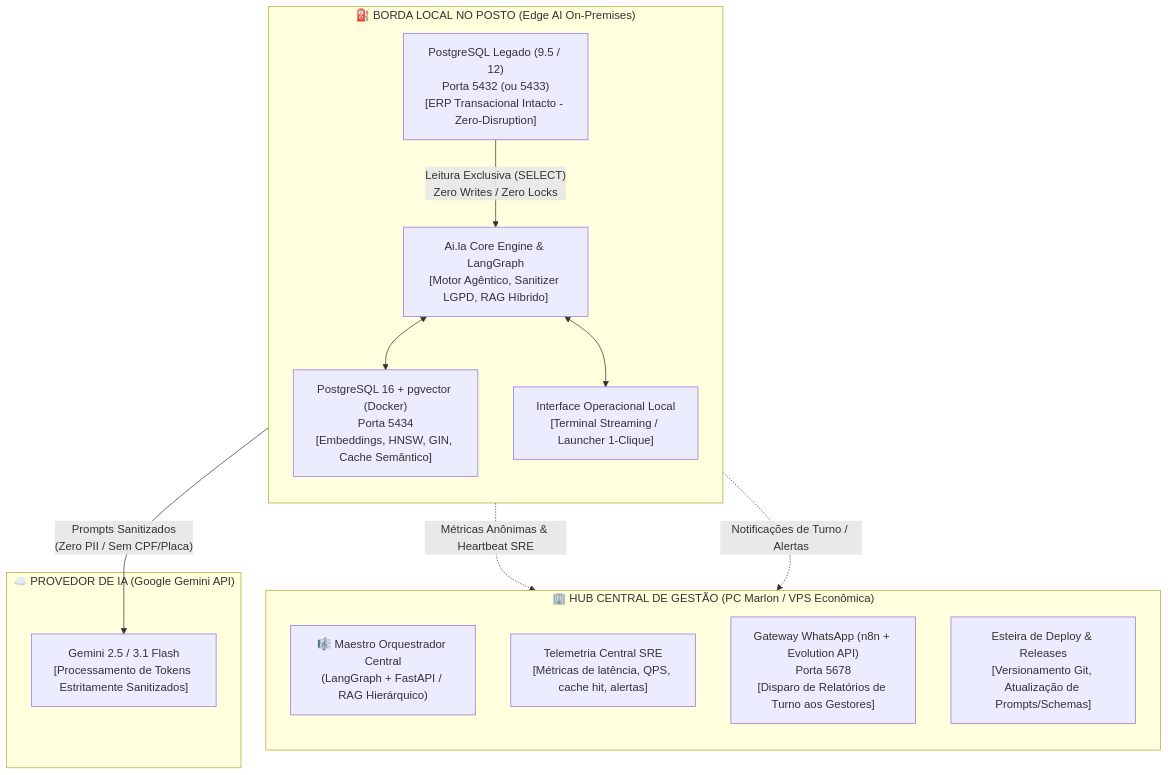
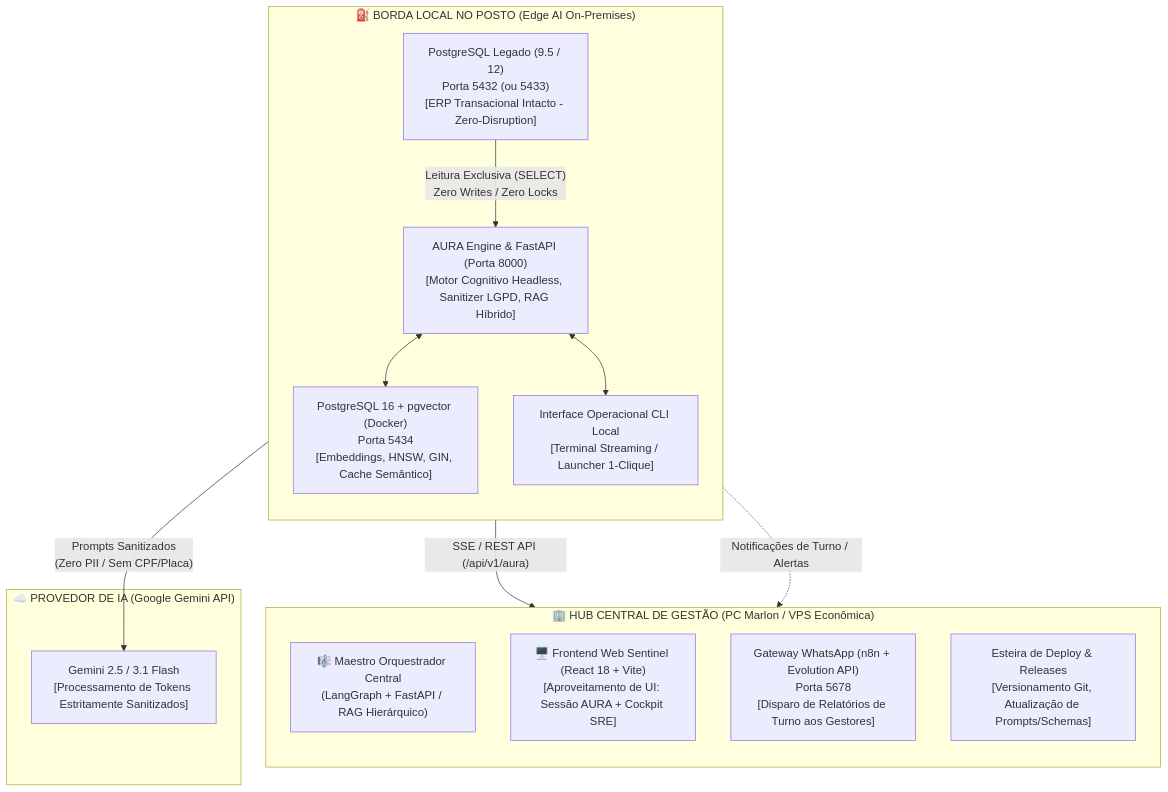
One commit to marlonhms/IA-Local changed the first of 3 diagrams in docs/roadmap_aila.md. Above: the diagram before and after it, drawn with Mermaid. The commit also changed other lines of this file, not shown here.

Commit message:
docs(roadmap): atualizar para AURA 1.7.0, desacoplamento backend com Sentinel e reaproveitamento do frontend React

````diff
--- a/docs/roadmap_aila.md
+++ b/docs/roadmap_aila.md
@@ -17,30 +17,30 @@
 ```mermaid
 flowchart TB
     subgraph EDGE["⛽ BORDA LOCAL NO POSTO (Edge AI On-Premises)"]
         direction TB
         ERP["PostgreSQL Legado (9.5 / 12)\nPorta 5432 (ou 5433)\n[ERP Transacional Intacto - Zero-Disruption]"]
         VEC["PostgreSQL 16 + pgvector (Docker)\nPorta 5434\n[Embeddings, HNSW, GIN, Cache Semântico]"]
-        CORE["Ai.la Core Engine & LangGraph\n[Motor Agêntico, Sanitizer LGPD, RAG Híbrido]"]
-        CLI["Interface Operacional Local\n[Terminal Streaming / Launcher 1-Clique]"]
+        AURA_CORE["AURA Engine & FastAPI (Porta 8000)\n[Motor Cognitivo Headless, Sanitizer LGPD, RAG Híbrido]"]
+        CLI["Interface Operacional CLI Local\n[Terminal Streaming / Launcher 1-Clique]"]
 
-        ERP -- "Leitura Exclusiva (SELECT)\nZero Writes / Zero Locks" --> CORE
-        CORE <--> VEC
-        CORE <--> CLI
+        ERP -- "Leitura Exclusiva (SELECT)\nZero Writes / Zero Locks" --> AURA_CORE
+        AURA_CORE <--> VEC
+        AURA_CORE <--> CLI
     end
 
     subgraph HUB["🏢 HUB CENTRAL DE GESTÃO (PC Marlon / VPS Econômica)"]
         direction TB
         MAESTRO_HUB["🎼 Maestro Orquestrador Central\n(LangGraph + FastAPI / RAG Hierárquico)"]
-        SRE["Telemetria Central SRE\n[Métricas de latência, QPS, cache hit, alertas]"]
+        SENTINEL_FRONT["🖥️ Frontend Web Sentinel (React 18 + Vite)\n[Aproveitamento de UI: Sessão AURA + Cockpit SRE]"]
         N8N["Gateway WhatsApp (n8n + Evolution API)\nPorta 5678\n[Disparo de Relatórios de Turno aos Gestores]"]
         REPO["Esteira de Deploy & Releases\n[Versionamento Git, Atualização de Prompts/Schemas]"]
     end
 
     subgraph CLOUD["☁️ PROVEDOR DE IA (Google Gemini API)"]
         GEMINI["Gemini 2.5 / 3.1 Flash\n[Processamento de Tokens Estritamente Sanitizados]"]
     end
 
-    CORE -- "Prompts Sanitizados\n(Zero PII / Sem CPF/Placa)" --> GEMINI
-    CORE -. "Métricas Anônimas & Heartbeat SRE" .-> SRE
-    CORE -. "Notificações de Turno / Alertas" .-> N8N
+    AURA_CORE -- "Prompts Sanitizados\n(Zero PII / Sem CPF/Placa)" --> GEMINI
+    AURA_CORE -- "SSE / REST API (/api/v1/aura)" --> SENTINEL_FRONT
+    AURA_CORE -. "Notificações de Turno / Alertas" .-> N8N
 ```
````
